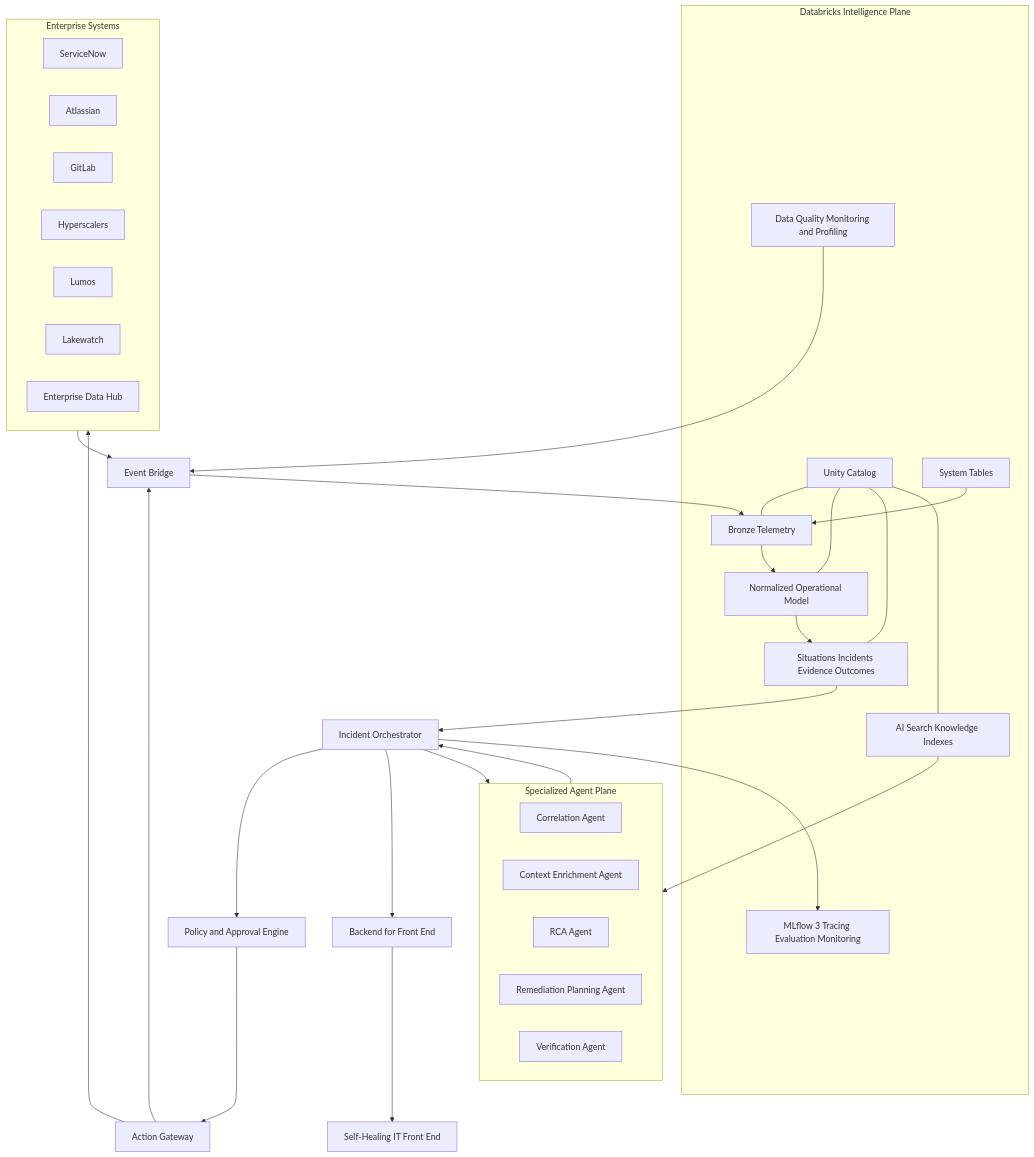
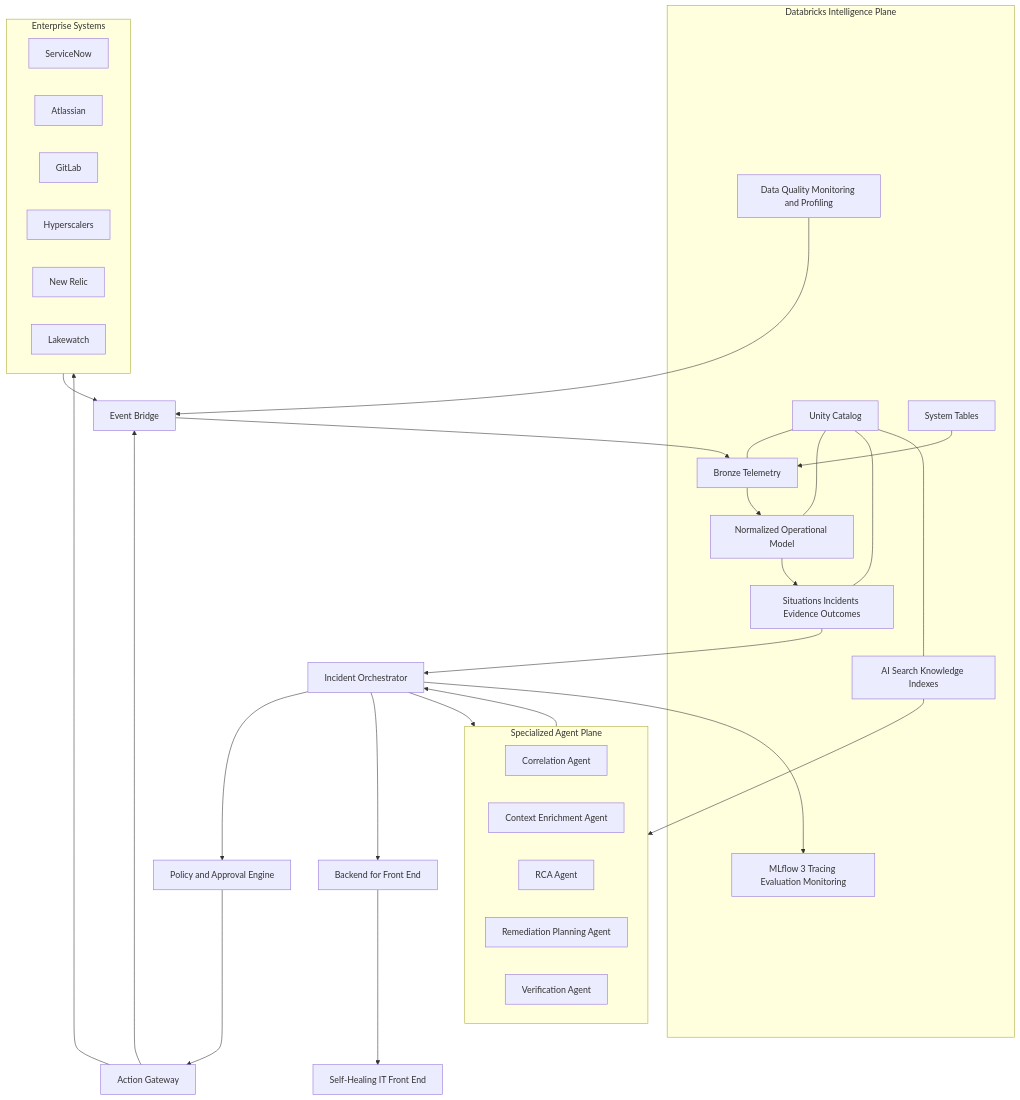
The first of 2 diagrams in specs/architecture/01-reference-architecture.md (msahil/databricks-self-healing-it-agent-systems), drawn with Mermaid before and after one commit. The commit also changed 11 other files, not shown here.

````diff
--- a/specs/architecture/01-reference-architecture.md
+++ b/specs/architecture/01-reference-architecture.md
@@ -5,55 +5,54 @@
 ```mermaid
 flowchart TB
   UI[Self-Healing IT Front End]
   BFF[Backend for Front End]
   ORCH[Incident Orchestrator]
   POLICY[Policy and Approval Engine]
   ACTION[Action Gateway]
   EVENT[Event Bridge]
 
   subgraph AGENTS[Specialized Agent Plane]
     COR[Correlation Agent]
     CTX[Context Enrichment Agent]
     RCA[RCA Agent]
     PLAN[Remediation Planning Agent]
     VERIFY[Verification Agent]
   end
 
   subgraph DBX[Databricks Intelligence Plane]
     BRONZE[Bronze Telemetry]
     SILVER[Normalized Operational Model]
     GOLD[Situations Incidents Evidence Outcomes]
     UC[Unity Catalog]
     PROFILE[Data Quality Monitoring and Profiling]
     SEARCH[AI Search Knowledge Indexes]
     MLFLOW[MLflow 3 Tracing Evaluation Monitoring]
     SYST[System Tables]
   end
 
   subgraph SYSTEMS[Enterprise Systems]
     SNOW[ServiceNow]
     ATL[Atlassian]
     GIT[GitLab]
     CLOUD[Hyperscalers]
-    LUMOS[Lumos]
+    NEWRELIC[New Relic]
     LAKEWATCH[Lakewatch]
-    EDH[Enterprise Data Hub]
   end
 
   SYSTEMS --> EVENT
   SYST --> BRONZE
   EVENT --> BRONZE --> SILVER --> GOLD
   PROFILE --> EVENT
   GOLD --> ORCH
   SEARCH --> AGENTS
   ORCH --> AGENTS
   AGENTS --> ORCH
   ORCH --> POLICY --> ACTION --> SYSTEMS
   ACTION --> EVENT
   ORCH --> BFF --> UI
   ORCH --> MLFLOW
   UC --- BRONZE
   UC --- SILVER
   UC --- GOLD
   UC --- SEARCH
 ```
````
